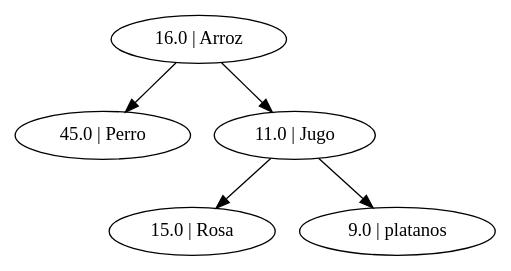
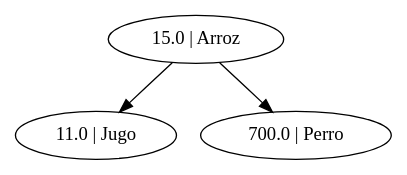
The diagram in Unidad I/PAC III 2019/Proyecto 1/Python/Memoria/test1.dot (BryanBlacks/Algoritmos-y-Estructuras-de-Datos), drawn with Graphviz before and after one commit. The commit also changed 13 other files, not shown here.

```diff
--- a/Unidad I/PAC III 2019/Proyecto 1/Python/Memoria/test1.dot
+++ b/Unidad I/PAC III 2019/Proyecto 1/Python/Memoria/test1.dot
@@ -1,6 +1,4 @@
 strict digraph  {
-	"16.0 | Arroz" -> "45.0 | Perro";
-	"16.0 | Arroz" -> "11.0 | Jugo";
-	"11.0 | Jugo" -> "15.0 | Rosa";
-	"11.0 | Jugo" -> "9.0 | platanos";
+	"15.0 | Arroz" -> "11.0 | Jugo";
+	"15.0 | Arroz" -> "700.0 | Perro";
 }
```
